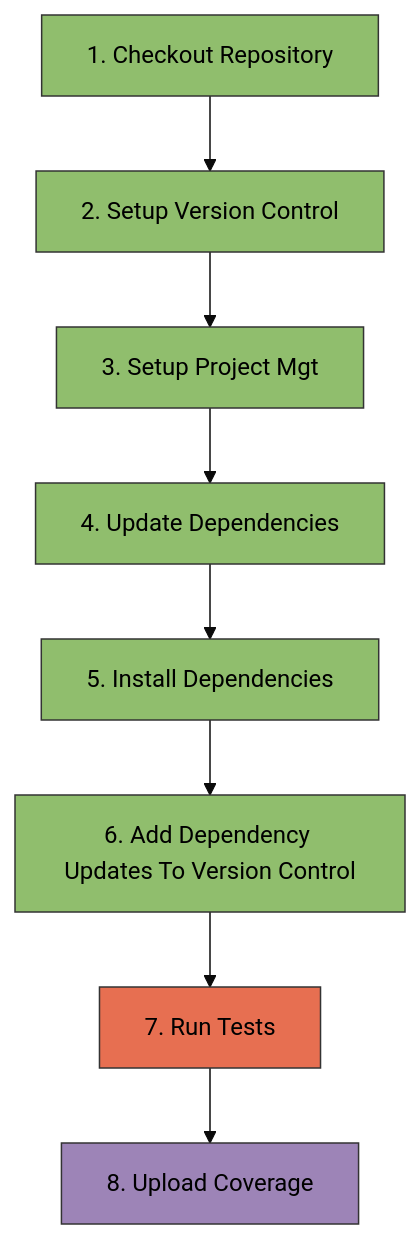
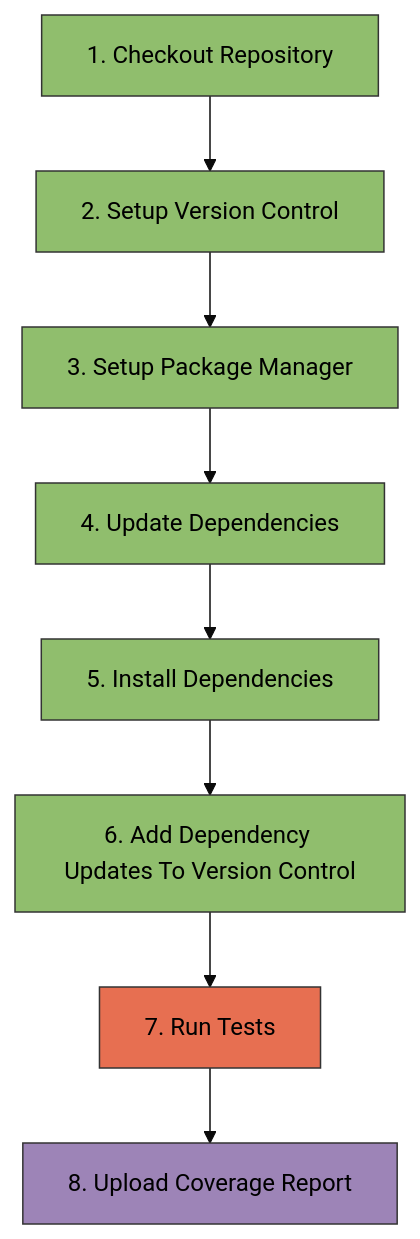
Before and after one commit to Winipedia/pyrig: the third of 3 diagrams in docs/configs/workflows/health_check.md, drawn with Mermaid (base theme). The commit also changed other lines of this file and 3 other files, not shown here.

````diff
--- a/docs/configs/workflows/health_check.md
+++ b/docs/configs/workflows/health_check.md
@@ -162,19 +162,19 @@
 ```mermaid
 graph TD
     S1[1. Checkout Repository] --> S2[2. Setup Version Control]
-    S2 --> S3[3. Setup Project Mgt]
+    S2 --> S3[3. Setup Package Manager]
     S3 --> S4[4. Update Dependencies]
     S4 --> S5[5. Install Dependencies]
     S5 --> S6[6. Add Dependency Updates To Version Control]
     S6 --> S7[7. Run Tests]
-    S7 --> S8[8. Upload Coverage]
+    S7 --> S8[8. Upload Coverage Report]
 
     style S1 fill:#90be6d,stroke:#333,stroke-width:1px,color:#000
     style S2 fill:#90be6d,stroke:#333,stroke-width:1px,color:#000
     style S3 fill:#90be6d,stroke:#333,stroke-width:1px,color:#000
     style S4 fill:#90be6d,stroke:#333,stroke-width:1px,color:#000
     style S5 fill:#90be6d,stroke:#333,stroke-width:1px,color:#000
     style S6 fill:#90be6d,stroke:#333,stroke-width:1px,color:#000
     style S7 fill:#e76f51,stroke:#333,stroke-width:1px,color:#000
     style S8 fill:#9d84b7,stroke:#333,stroke-width:1px,color:#000
 ```
````
